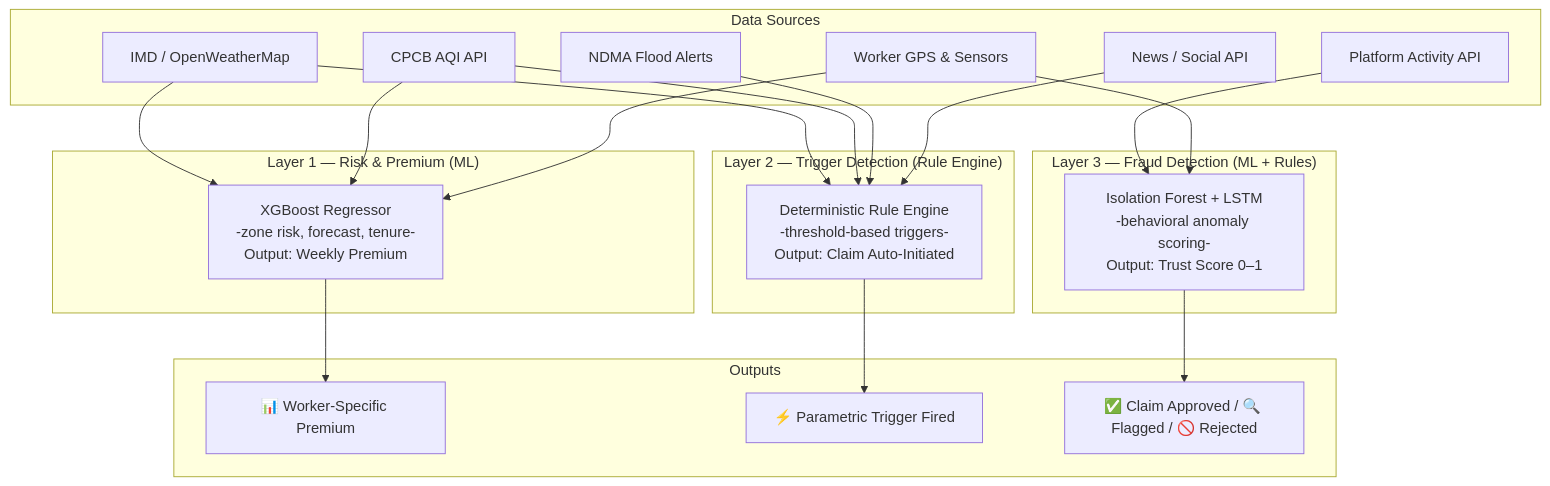
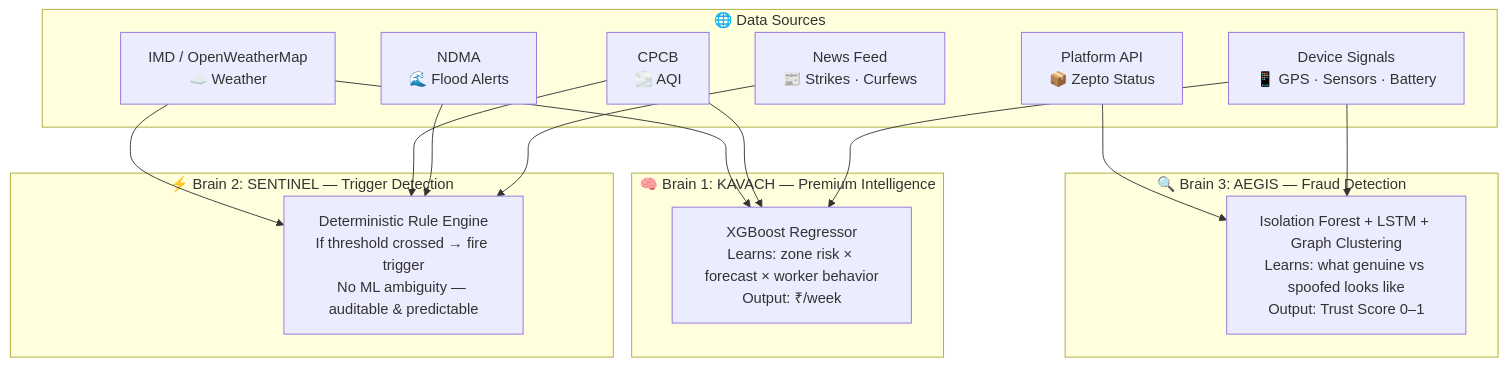
One commit to rox-dev6/gw changed the fourth of 8 diagrams in README.md. Above: the diagram before and after it, drawn with Mermaid. The commit also changed other lines of this file, not shown here.

````diff
--- a/README.md
+++ b/README.md
@@ -228,33 +313,27 @@
 ```mermaid
 flowchart TD
-    subgraph "Data Sources"
-        D1["IMD / OpenWeatherMap"]
-        D2["CPCB AQI API"]
-        D3["NDMA Flood Alerts"]
-        D4["Platform Activity API"]
-        D5["Worker GPS & Sensors"]
-        D6["News / Social API"]
+    subgraph "🌐 Data Sources"
+        D1["IMD / OpenWeatherMap\n☁️ Weather"]
+        D2["CPCB\n🌫️ AQI"]
+        D3["NDMA\n🌊 Flood Alerts"]
+        D4["Platform API\n📦 Zepto Status"]
+        D5["Device Signals\n📱 GPS · Sensors · Battery"]
+        D6["News Feed\n📰 Strikes · Curfews"]
     end
 
-    subgraph "Layer 1 — Risk & Premium (ML)"
-        M1["XGBoost Regressor\n-zone risk, forecast, tenure-\nOutput: Weekly Premium"]
+    subgraph "🧠 Brain 1: KAVACH — Premium Intelligence"
+        M1["XGBoost Regressor\nLearns: zone risk × forecast × worker behavior\nOutput: ₹/week"]
     end
 
-    subgraph "Layer 2 — Trigger Detection (Rule Engine)"
-        M2["Deterministic Rule Engine\n-threshold-based triggers-\nOutput: Claim Auto-Initiated"]
+    subgraph "⚡ Brain 2: SENTINEL — Trigger Detection"
+        M2["Deterministic Rule Engine\nIf threshold crossed → fire trigger\nNo ML ambiguity — auditable & predictable"]
     end
 
-    subgraph "Layer 3 — Fraud Detection (ML + Rules)"
-        M3["Isolation Forest + LSTM\n-behavioral anomaly scoring-\nOutput: Trust Score 0–1"]
+    subgraph "🔍 Brain 3: AEGIS — Fraud Detection"
+        M3["Isolation Forest + LSTM + Graph Clustering\nLearns: what genuine vs spoofed looks like\nOutput: Trust Score 0–1"]
     end
 
-    subgraph "Outputs"
-        O1["📊 Worker-Specific Premium"]
-        O2["⚡ Parametric Trigger Fired"]
-        O3["✅ Claim Approved / 🔍 Flagged / 🚫 Rejected"]
-    end
-
-    D1 & D2 & D5 --> M1 --> O1
-    D1 & D2 & D3 & D6 --> M2 --> O2
-    D4 & D5 --> M3 --> O3
+    D1 & D2 & D5 --> M1
+    D1 & D2 & D3 & D6 --> M2
+    D4 & D5 --> M3
 ```
````
